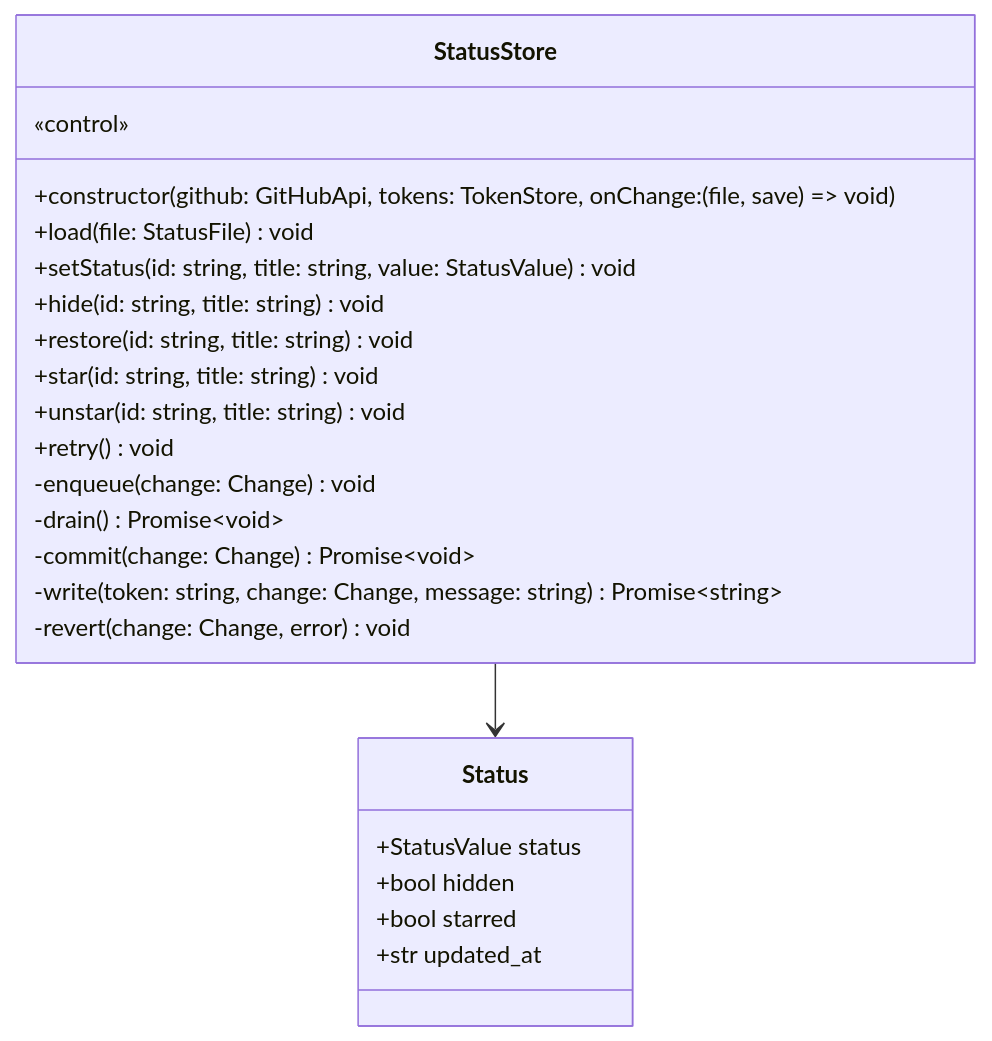
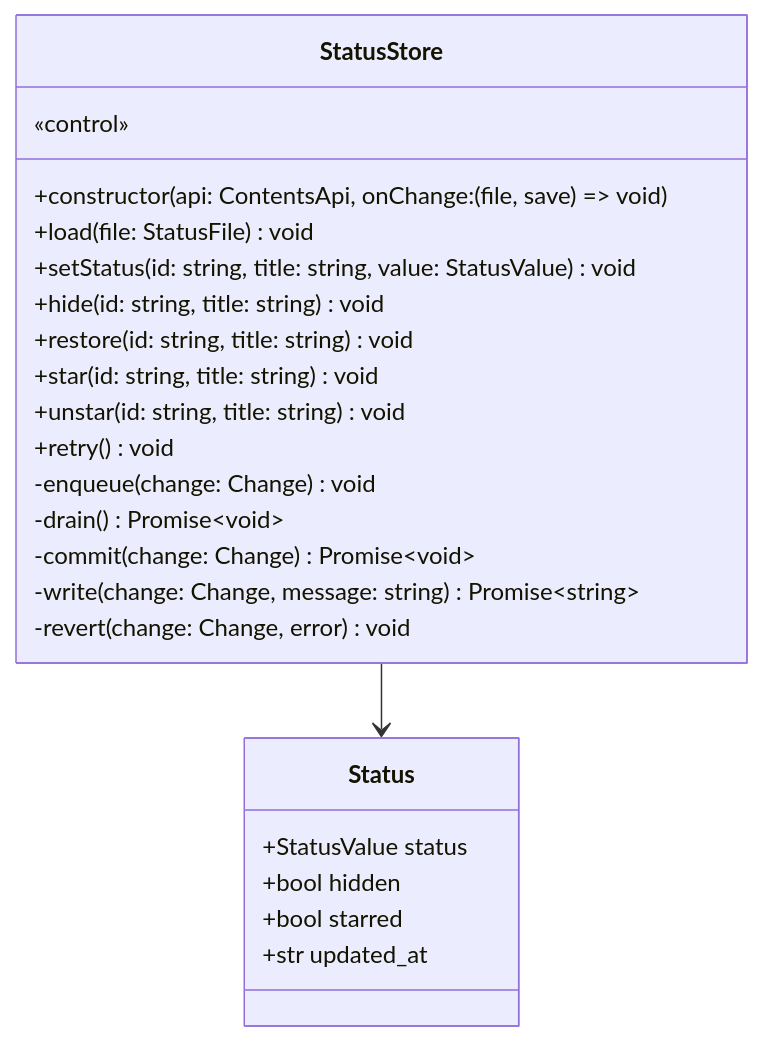
Diagram 18 of 20 in docs/specs/06-DOM/CCR-DOM-002.md (HoyoungParkme/competition-crawler), drawn with Mermaid before and after one commit. The commit also changed other lines of this file, not shown here.

````diff
--- a/docs/specs/06-DOM/CCR-DOM-002.md
+++ b/docs/specs/06-DOM/CCR-DOM-002.md
@@ -967,26 +957,26 @@
 ```mermaid
 classDiagram
     class StatusStore {
         «control»
-        +constructor(github: GitHubApi, tokens: TokenStore, onChange: (file, save) => void)
+        +constructor(api: ContentsApi, onChange: (file, save) => void)
         +load(file: StatusFile) void
         +setStatus(id: string, title: string, value: StatusValue) void
         +hide(id: string, title: string) void
         +restore(id: string, title: string) void
         +star(id: string, title: string) void
         +unstar(id: string, title: string) void
         +retry() void
         -enqueue(change: Change) void
         -drain() Promise~void~
         -commit(change: Change) Promise~void~
-        -write(token: string, change: Change, message: string) Promise~string~
+        -write(change: Change, message: string) Promise~string~
         -revert(change: Change, error) void
     }
     class Status {
         +StatusValue status
         +bool hidden
         +bool starred
         +str updated_at
     }
     StatusStore --> Status
 ```
````
